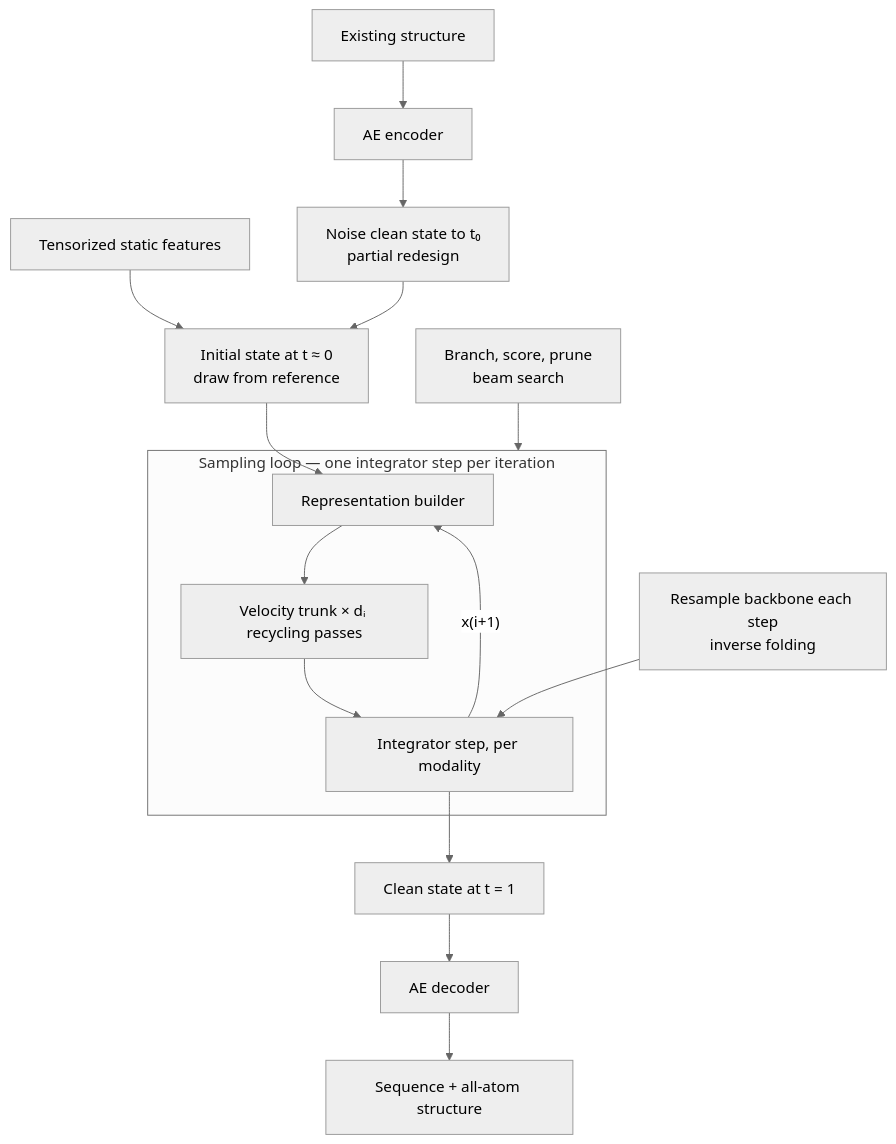
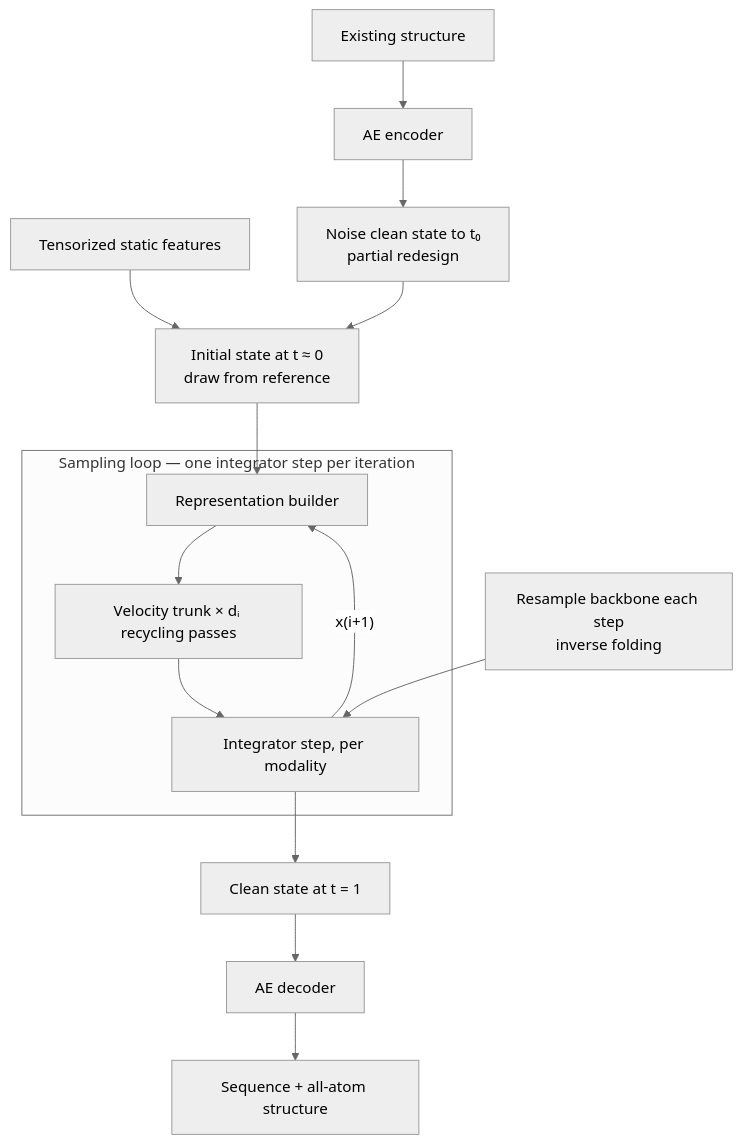
Before and after one commit to NVIDIA-BioNeMo/BioNeMo-Inference-Runtime: the second of 2 diagrams in docs/ref/rfproteina.md, drawn with Mermaid (neutral theme). The commit also changed other lines of this file and 46 other files, not shown here.

````diff
--- a/docs/ref/rfproteina.md
+++ b/docs/ref/rfproteina.md
@@ -133,13 +133,12 @@
 ```mermaid
 flowchart TB
     F["Tensorized static features"] --> I["Initial state at t ≈ 0<br/>draw from reference"]
     S["Existing structure"] --> E["AE encoder"] --> P["Noise clean state to t₀<br/>partial redesign"] --> I
     I --> R
     subgraph LOOP["Sampling loop — one integrator step per iteration"]
       R["Representation builder"] --> T["Velocity trunk × dᵢ recycling passes"] --> U["Integrator step, per modality"]
       U -->|"x(i+1)"| R
     end
     U --> C["Clean state at t = 1"] --> D["AE decoder"] --> O["Sequence + all-atom structure"]
     IF["Resample backbone each step<br/>inverse folding"] --> U
-    BS["Branch, score, prune<br/>beam search"] --> LOOP
 ```
````
